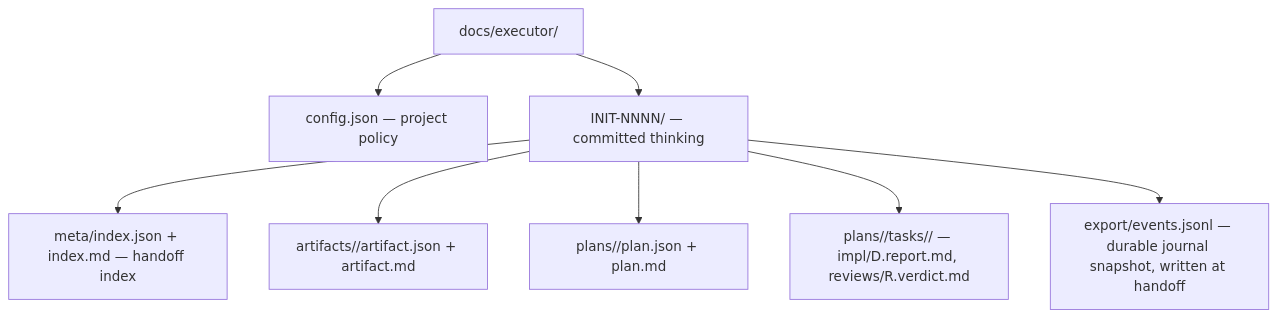
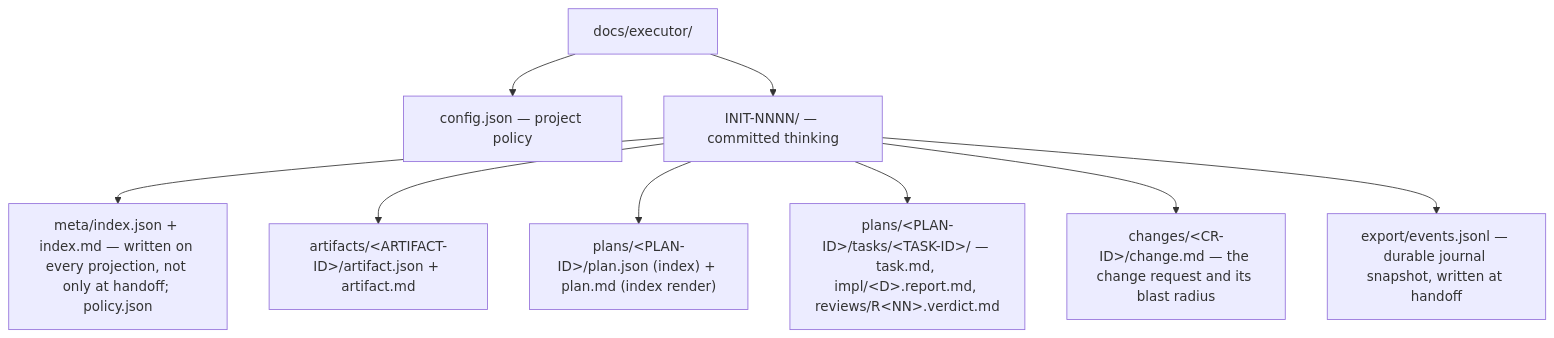
Before and after one commit to Atri10/executor: the third of 3 diagrams in skills/executor/references/layout.md, drawn with Mermaid. The commit also changed other lines of this file and 59 other files, not shown here.

````diff
--- a/skills/executor/references/layout.md
+++ b/skills/executor/references/layout.md
@@ -55,10 +92,11 @@
 ```mermaid
 flowchart TB
     ROOT["docs/executor/"] --> CFG["config.json — project policy"]
     ROOT --> INIT["INIT-NNNN/ — committed thinking"]
-    INIT --> META["meta/index.json + index.md — handoff index"]
-    INIT --> ART["artifacts/<ARTIFACT-ID>/artifact.json + artifact.md"]
-    INIT --> PLN["plans/<PLAN-ID>/plan.json + plan.md"]
-    INIT --> TSK["plans/<PLAN-ID>/tasks/<TASK-ID>/ — impl/D<NNNNN>.report.md, reviews/R<NN>.verdict.md"]
+    INIT --> META["meta/index.json + index.md — written on every projection, not only at handoff; policy.json"]
+    INIT --> ART["artifacts/&lt;ARTIFACT-ID&gt;/artifact.json + artifact.md"]
+    INIT --> PLN["plans/&lt;PLAN-ID&gt;/plan.json (index) + plan.md (index render)"]
+    INIT --> TSK["plans/&lt;PLAN-ID&gt;/tasks/&lt;TASK-ID&gt;/ — task.md, impl/&lt;D&gt;.report.md, reviews/R&lt;NN&gt;.verdict.md"]
+    INIT --> CHG["changes/&lt;CR-ID&gt;/change.md — the change request and its blast radius"]
     INIT --> EXP["export/events.jsonl — durable journal snapshot, written at handoff"]
 ```
````
